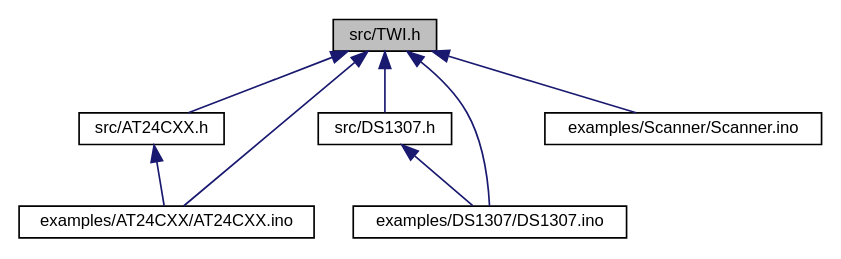
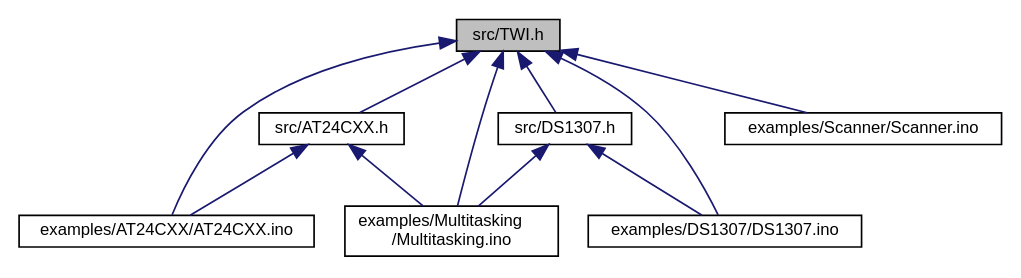
Before and after one commit to mikaelpatel/mikaelpatel.github.io: the diagram in Arduino-TWI/d5/d2a/TWI_8h__dep__incl.dot, drawn with Graphviz. The commit also changed 170 other files, not shown here.

```diff
--- a/Arduino-TWI/d5/d2a/TWI_8h__dep__incl.dot
+++ b/Arduino-TWI/d5/d2a/TWI_8h__dep__incl.dot
@@ -1,18 +1,22 @@
 digraph "src/TWI.h"
 {
   edge [fontname="Helvetica",fontsize="10",labelfontname="Helvetica",labelfontsize="10"];
   node [fontname="Helvetica",fontsize="10",shape=record];
   Node1 [label="src/TWI.h",height=0.2,width=0.4,color="black", fillcolor="grey75", style="filled", fontcolor="black"];
   Node1 -> Node2 [dir="back",color="midnightblue",fontsize="10",style="solid",fontname="Helvetica"];
   Node2 [label="src/AT24CXX.h",height=0.2,width=0.4,color="black", fillcolor="white", style="filled",URL="$db/d0b/AT24CXX_8h.html"];
   Node2 -> Node3 [dir="back",color="midnightblue",fontsize="10",style="solid",fontname="Helvetica"];
   Node3 [label="examples/AT24CXX/AT24CXX.ino",height=0.2,width=0.4,color="black", fillcolor="white", style="filled",URL="$de/d62/AT24CXX_8ino.html"];
+  Node2 -> Node4 [dir="back",color="midnightblue",fontsize="10",style="solid",fontname="Helvetica"];
+  Node4 [label="examples/Multitasking\l/Multitasking.ino",height=0.2,width=0.4,color="black", fillcolor="white", style="filled",URL="$d0/df3/Multitasking_8ino.html"];
+  Node1 -> Node5 [dir="back",color="midnightblue",fontsize="10",style="solid",fontname="Helvetica"];
+  Node5 [label="src/DS1307.h",height=0.2,width=0.4,color="black", fillcolor="white", style="filled",URL="$de/dba/DS1307_8h.html"];
+  Node5 -> Node6 [dir="back",color="midnightblue",fontsize="10",style="solid",fontname="Helvetica"];
+  Node6 [label="examples/DS1307/DS1307.ino",height=0.2,width=0.4,color="black", fillcolor="white", style="filled",URL="$d3/d10/DS1307_8ino.html"];
+  Node5 -> Node4 [dir="back",color="midnightblue",fontsize="10",style="solid",fontname="Helvetica"];
+  Node1 -> Node3 [dir="back",color="midnightblue",fontsize="10",style="solid",fontname="Helvetica"];
+  Node1 -> Node6 [dir="back",color="midnightblue",fontsize="10",style="solid",fontname="Helvetica"];
   Node1 -> Node4 [dir="back",color="midnightblue",fontsize="10",style="solid",fontname="Helvetica"];
-  Node4 [label="src/DS1307.h",height=0.2,width=0.4,color="black", fillcolor="white", style="filled",URL="$de/dba/DS1307_8h.html"];
-  Node4 -> Node5 [dir="back",color="midnightblue",fontsize="10",style="solid",fontname="Helvetica"];
-  Node5 [label="examples/DS1307/DS1307.ino",height=0.2,width=0.4,color="black", fillcolor="white", style="filled",URL="$d3/d10/DS1307_8ino.html"];
-  Node1 -> Node3 [dir="back",color="midnightblue",fontsize="10",style="solid",fontname="Helvetica"];
-  Node1 -> Node5 [dir="back",color="midnightblue",fontsize="10",style="solid",fontname="Helvetica"];
-  Node1 -> Node6 [dir="back",color="midnightblue",fontsize="10",style="solid",fontname="Helvetica"];
-  Node6 [label="examples/Scanner/Scanner.ino",height=0.2,width=0.4,color="black", fillcolor="white", style="filled",URL="$dd/da4/Scanner_8ino.html"];
+  Node1 -> Node7 [dir="back",color="midnightblue",fontsize="10",style="solid",fontname="Helvetica"];
+  Node7 [label="examples/Scanner/Scanner.ino",height=0.2,width=0.4,color="black", fillcolor="white", style="filled",URL="$dd/da4/Scanner_8ino.html"];
 }
```
